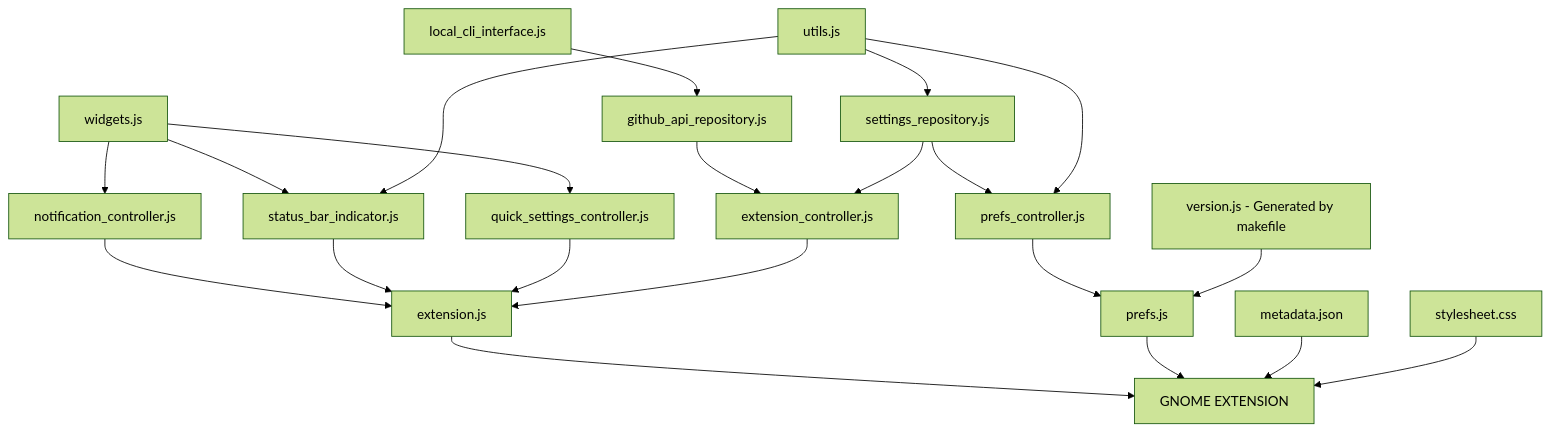
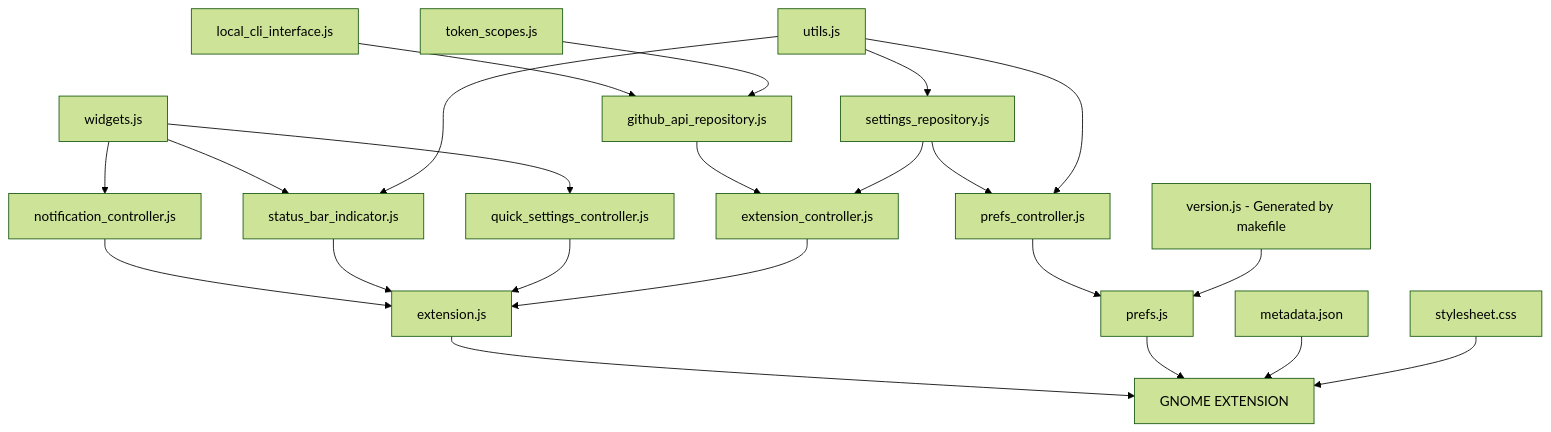
The diagram in README.md (arononak/github-actions-gnome-extension), drawn with Mermaid (forest theme) before and after one commit. The commit also changed 5 other files, not shown here.

````diff
--- a/README.md
+++ b/README.md
@@ -36,25 +36,26 @@
 ```mermaid
 graph TD;
     local_cli_interface.js-->github_api_repository.js;
+    token_scopes.js-->github_api_repository.js;
     github_api_repository.js-->extension_controller.js;
     widgets.js-->status_bar_indicator.js;
     widgets.js-->notification_controller.js;
     notification_controller.js-->extension.js;
     status_bar_indicator.js-->extension.js;
     settings_repository.js-->extension_controller.js;
     quick_settings_controller.js-->extension.js;
     widgets.js-->quick_settings_controller.js;
     extension_controller.js-->extension.js;
     utils.js-->status_bar_indicator.js;
     utils.js-->settings_repository.js;
     settings_repository.js-->prefs_controller.js;
     utils.js-->prefs_controller.js;
     prefs_controller.js-->prefs.js
 
     version.js[version.js - Generated by makefile]-->prefs.js;
 
     extension.js-->EXTENSION[GNOME EXTENSION]
     prefs.js-->EXTENSION[GNOME EXTENSION]
     metadata.json-->EXTENSION[GNOME EXTENSION]
     stylesheet.css-->EXTENSION[GNOME EXTENSION]
 ```
````
